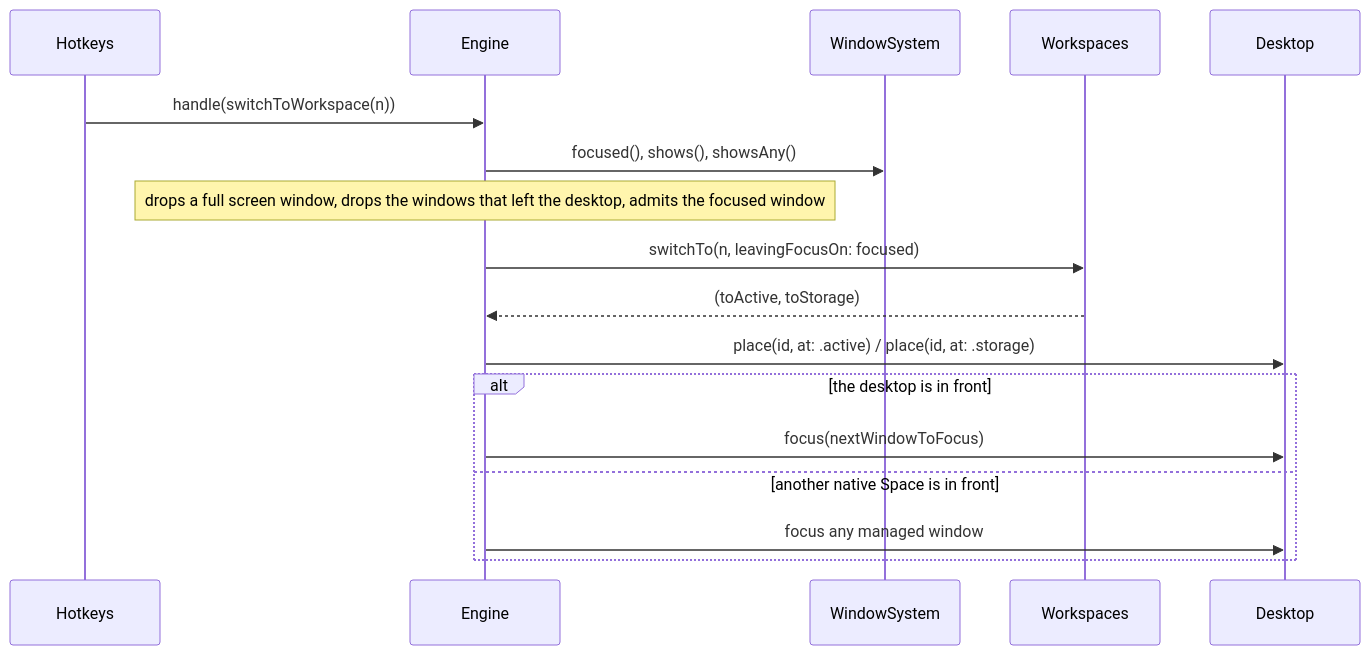
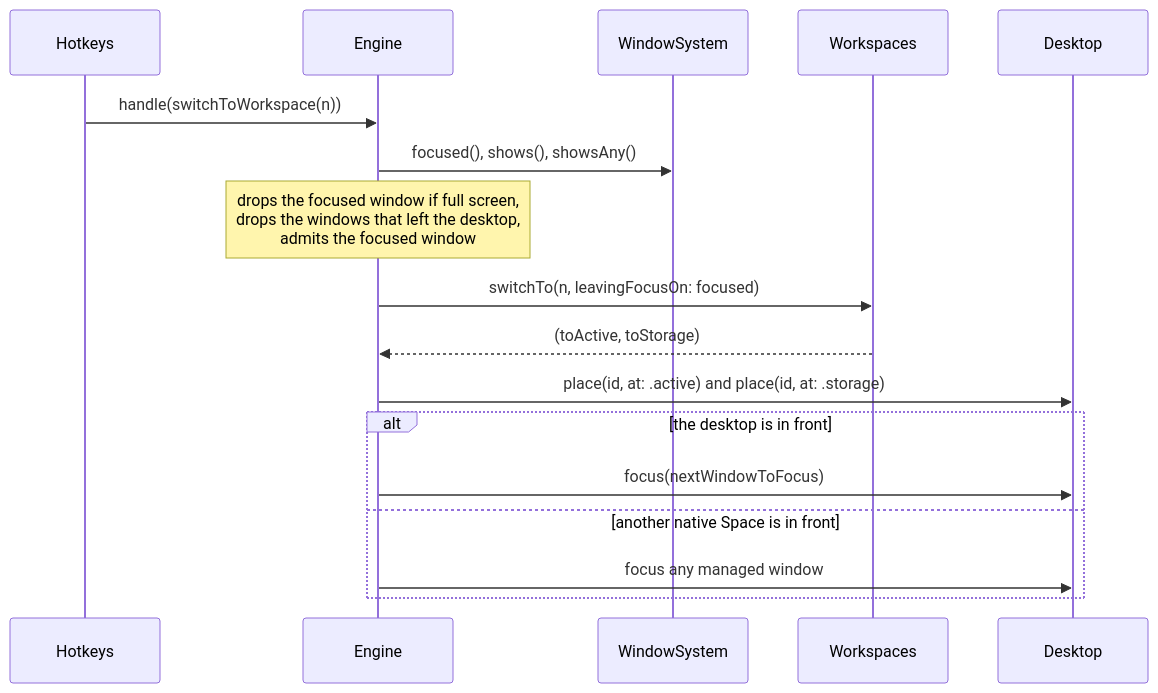
The eighth of 16 diagrams in ARCHITECTURE.md (brennovich/ottowm), drawn with Mermaid before and after one commit. The commit also changed other lines of this file, not shown here.

First line of the commit message:
Restructure ARCHITECTURE.md around C4 levels

````diff
--- a/ARCHITECTURE.md
+++ b/ARCHITECTURE.md
@@ -141,14 +163,14 @@
 ```mermaid
 sequenceDiagram
     Hotkeys->>Engine: handle(switchToWorkspace(n))
     Engine->>WindowSystem: focused(), shows(), showsAny()
-    Note over Engine: drops a full screen window, drops the windows that left the desktop, admits the focused window
+    Note over Engine: drops the focused window if full screen,<br/>drops the windows that left the desktop,<br/>admits the focused window
     Engine->>Workspaces: switchTo(n, leavingFocusOn: focused)
     Workspaces-->>Engine: (toActive, toStorage)
-    Engine->>Desktop: place(id, at: .active) / place(id, at: .storage)
+    Engine->>Desktop: place(id, at: .active) and place(id, at: .storage)
     alt the desktop is in front
         Engine->>Desktop: focus(nextWindowToFocus)
     else another native Space is in front
         Engine->>Desktop: focus any managed window
     end
 ```
````
